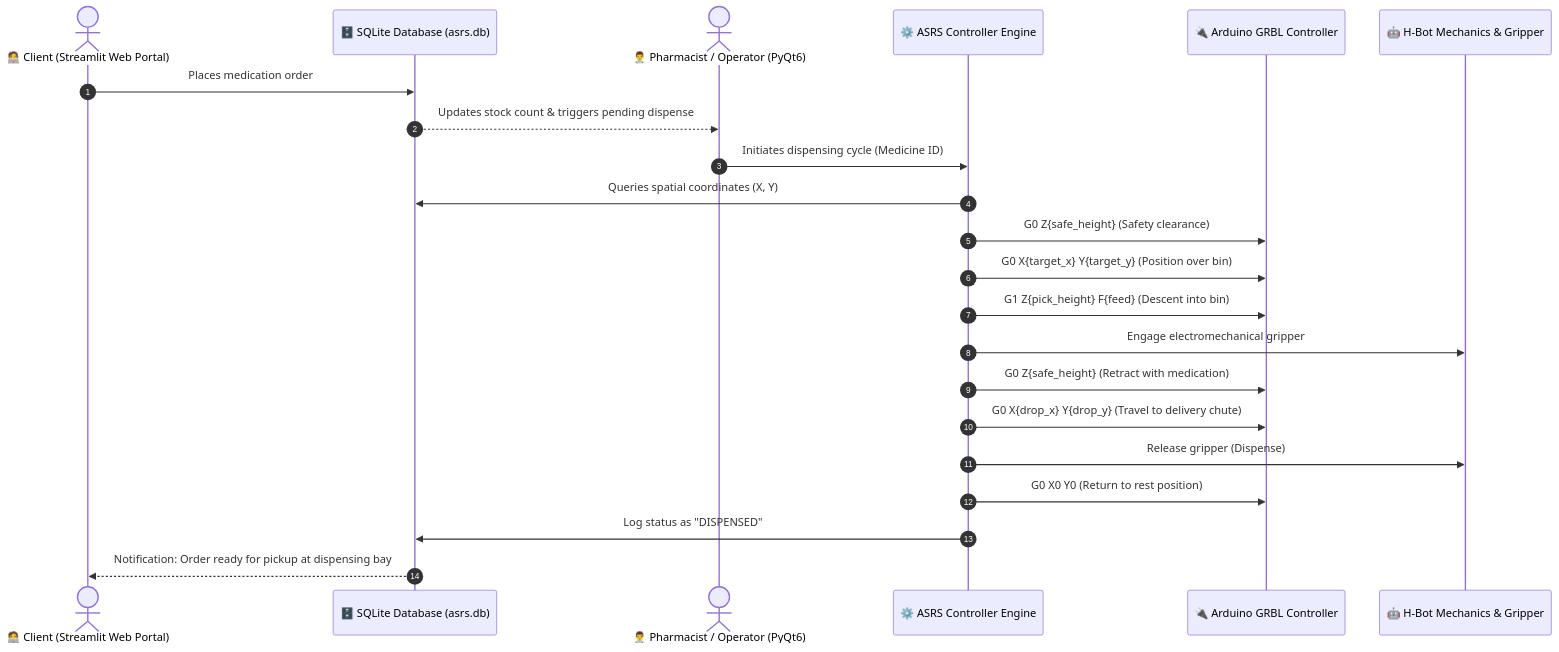
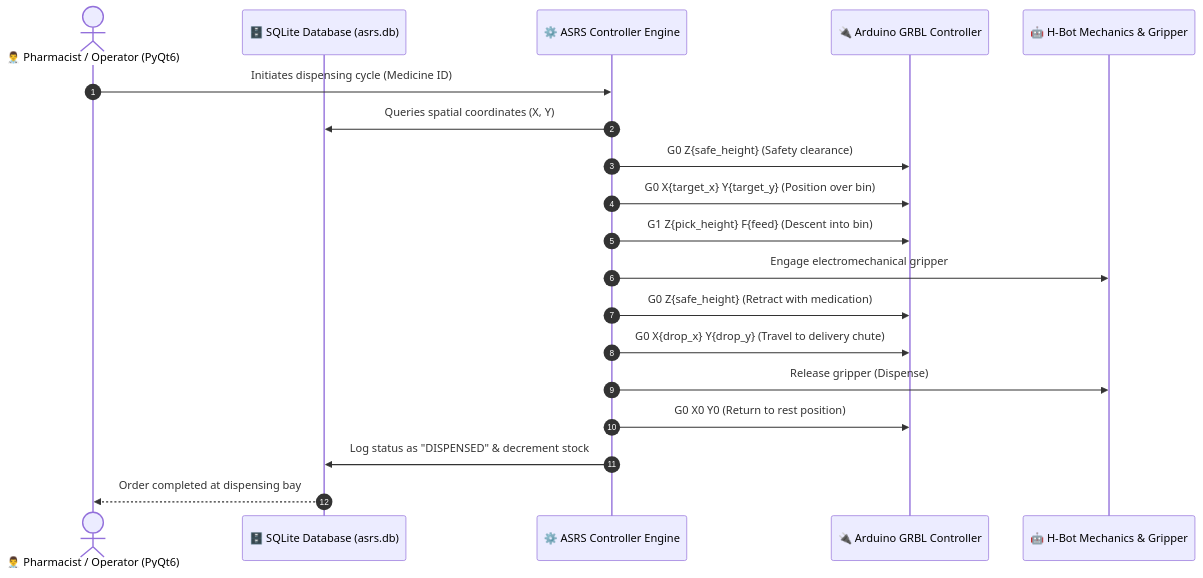
Before and after one commit to medhsiny2003/ASRS-ROBOT-BY-MOHAMMED-HSINY: the diagram in README.md, drawn with Mermaid. The commit also changed other lines of this file and 6 other files, not shown here.

````diff
--- a/README.md
+++ b/README.md
@@ -125,25 +117,22 @@
 ```mermaid
 sequenceDiagram
     autonumber
-    actor Client as 🧑‍💻 Client (Streamlit Web Portal)
+    actor Operator as 👨‍⚕️ Pharmacist / Operator (PyQt6)
     participant DB as 🗄️ SQLite Database (asrs.db)
-    actor Admin as 👨‍⚕️ Pharmacist / Operator (PyQt6)
     participant Controller as ⚙️ ASRS Controller Engine
     participant GRBL as 🔌 Arduino GRBL Controller
     participant Robot as 🤖 H-Bot Mechanics & Gripper
 
-    Client->>DB: Places medication order
-    DB-->>Admin: Updates stock count & triggers pending dispense
-    Admin->>Controller: Initiates dispensing cycle (Medicine ID)
+    Operator->>Controller: Initiates dispensing cycle (Medicine ID)
     Controller->>DB: Queries spatial coordinates (X, Y)
     Controller->>GRBL: G0 Z{safe_height} (Safety clearance)
     Controller->>GRBL: G0 X{target_x} Y{target_y} (Position over bin)
     Controller->>GRBL: G1 Z{pick_height} F{feed} (Descent into bin)
     Controller->>Robot: Engage electromechanical gripper
     Controller->>GRBL: G0 Z{safe_height} (Retract with medication)
     Controller->>GRBL: G0 X{drop_x} Y{drop_y} (Travel to delivery chute)
     Controller->>Robot: Release gripper (Dispense)
     Controller->>GRBL: G0 X0 Y0 (Return to rest position)
-    Controller->>DB: Log status as "DISPENSED"
-    DB-->>Client: Notification: Order ready for pickup at dispensing bay
+    Controller->>DB: Log status as "DISPENSED" & decrement stock
+    DB-->>Operator: Order completed at dispensing bay
 ```
````
